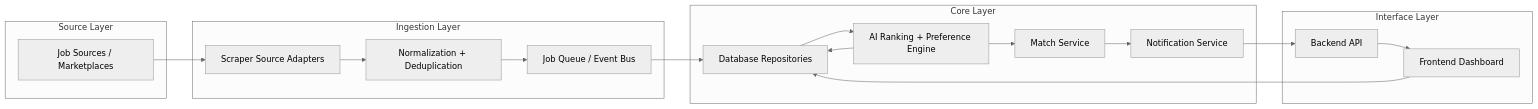
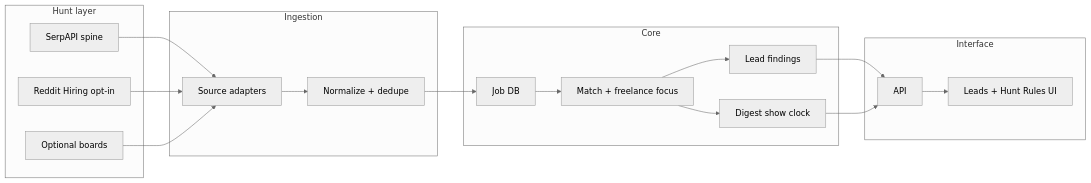
One commit to Faizanmal/freelance-automation changed the second of 2 diagrams in ARCHITECTURE.md. Above: the diagram before and after it, drawn with Mermaid (neutral theme). The commit also changed other lines of this file and 172 other files, not shown here.

First line of the commit message:
chore: update environment configuration, enhance Caddyfile, and improve architecture documentation

````diff
--- a/ARCHITECTURE.md
+++ b/ARCHITECTURE.md
@@ -226,32 +237,34 @@
 ```mermaid
 flowchart LR
-  subgraph Source Layer
-    A1[Job Sources / Marketplaces]
+  subgraph HuntLayer [Hunt layer]
+    A1[SerpAPI spine]
+    A2[Reddit Hiring opt-in]
+    A3[Optional boards]
   end
 
-  subgraph Ingestion Layer
-    B1[Scraper Source Adapters]
-    B2[Normalization + Deduplication]
-    B3[Job Queue / Event Bus]
+  subgraph IngestionLayer [Ingestion]
+    B1[Source adapters]
+    B2[Normalize + dedupe]
   end
 
-  subgraph Core Layer
-    C1[Database Repositories]
-    C2[AI Ranking + Preference Engine]
-    C3[Match Service]
-    C4[Notification Service]
+  subgraph CoreLayer [Core]
+    C1[Job DB]
+    C2[Match + freelance focus]
+    C3[Lead findings]
+    C4[Digest show clock]
   end
 
-  subgraph Interface Layer
-    D1[Backend API]
-    D2[Frontend Dashboard]
+  subgraph InterfaceLayer [Interface]
+    D1[API]
+    D2[Leads + Hunt Rules UI]
   end
 
-  A1 --> B1 --> B2 --> B3
-  B3 --> C1
-  C1 --> C2 --> C3 --> C4
+  A1 --> B1
+  A2 --> B1
+  A3 --> B1
+  B1 --> B2 --> C1
+  C1 --> C2 --> C3
+  C3 --> D1 --> D2
+  C2 --> C4
   C4 --> D1
-  D1 --> D2
-  D2 --> C1
-  C2 --> C1
 ```
````
